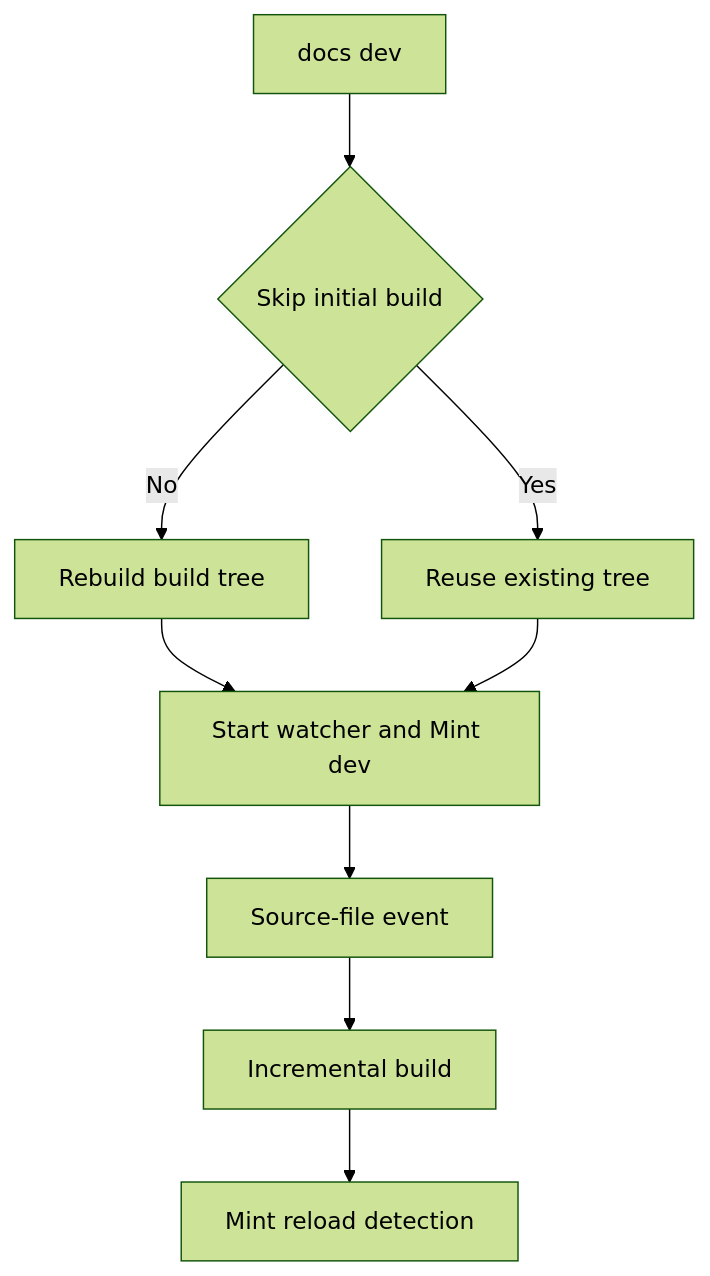
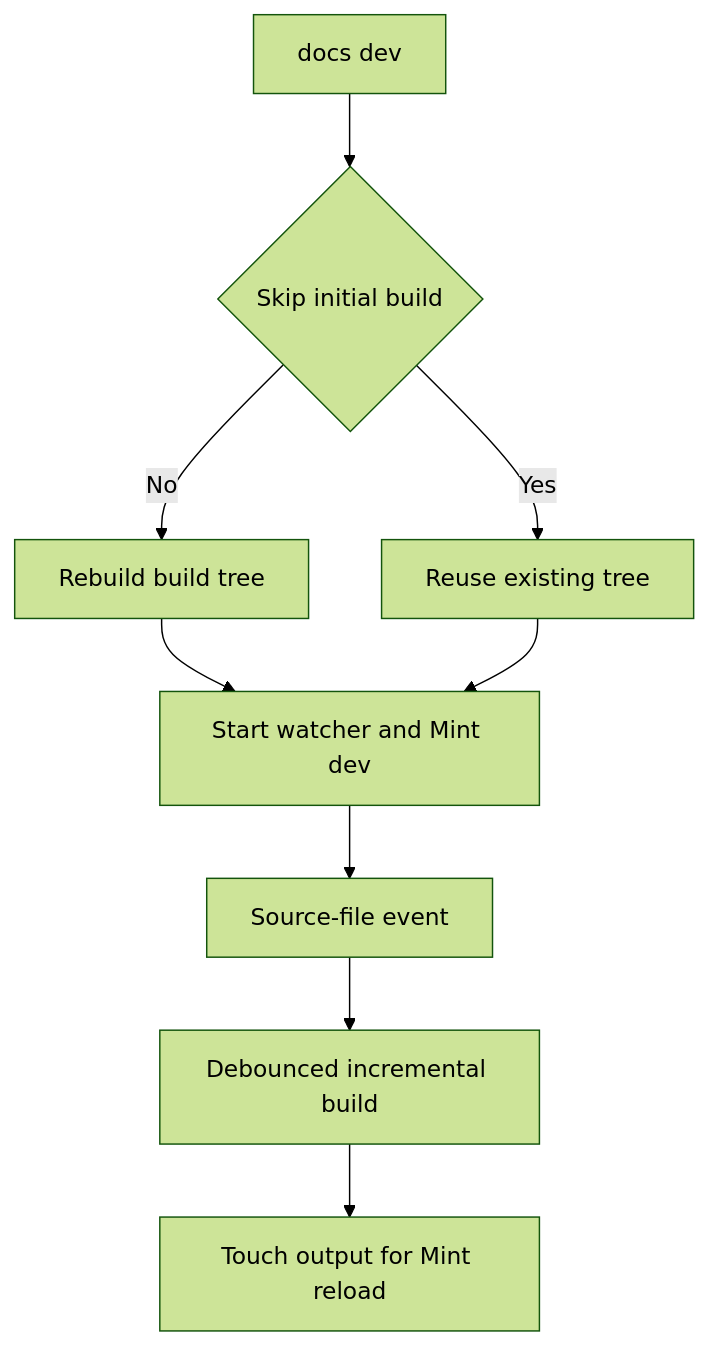
Before and after one commit to rishi-raj-jain/docs-1: the first of 2 diagrams in openwiki/operations/cli-tools.md, drawn with Mermaid (forest theme). The commit also changed other lines of this file and 53 other files, not shown here.

````diff
--- a/openwiki/operations/cli-tools.md
+++ b/openwiki/operations/cli-tools.md
@@ -93,11 +101,11 @@
 ```mermaid
 flowchart TD
   Start["docs dev"] --> Choice{"Skip initial build"}
   Choice -->|"No"| Full["Rebuild build tree"]
   Choice -->|"Yes"| Reuse["Reuse existing tree"]
   Full --> Services["Start watcher and Mint dev"]
   Reuse --> Services
   Services --> Event["Source-file event"]
-  Event --> Incremental["Incremental build"]
-  Incremental --> Reload["Mint reload detection"]
+  Event --> Incremental["Debounced incremental build"]
+  Incremental --> Reload["Touch output for Mint reload"]
 ```
````
